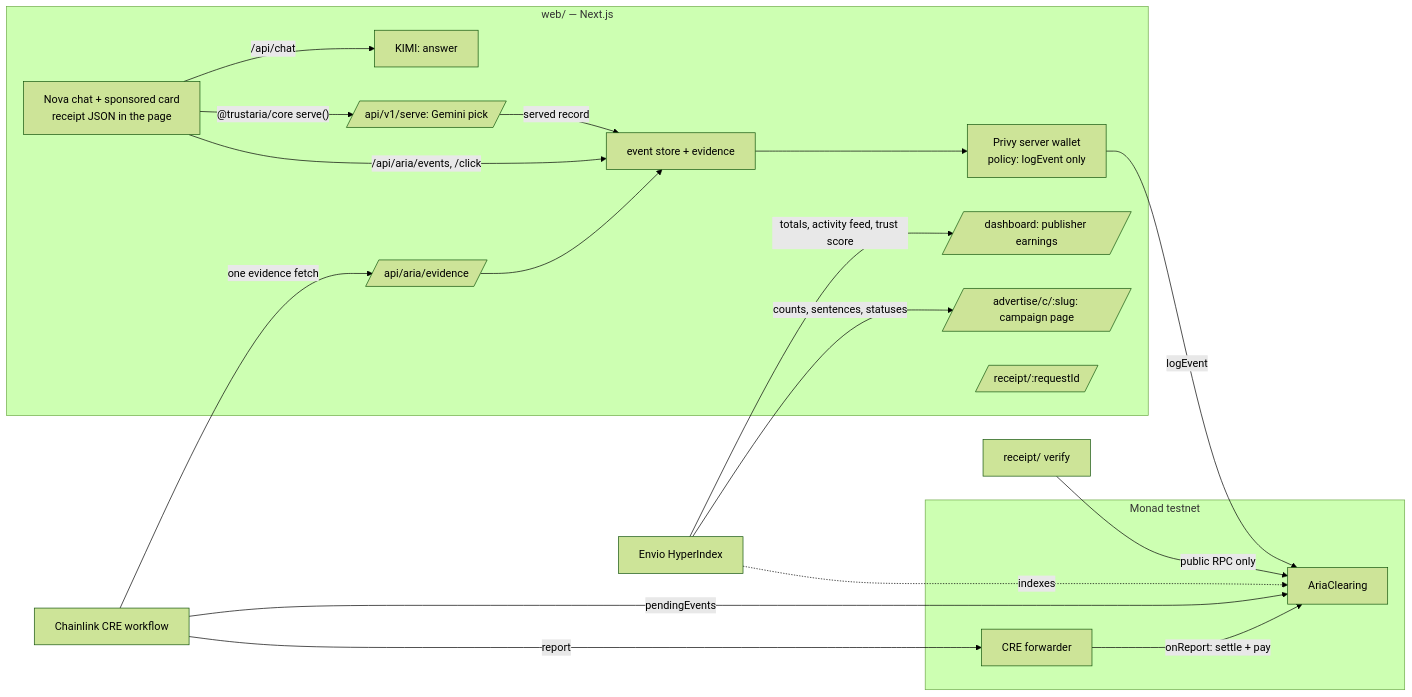
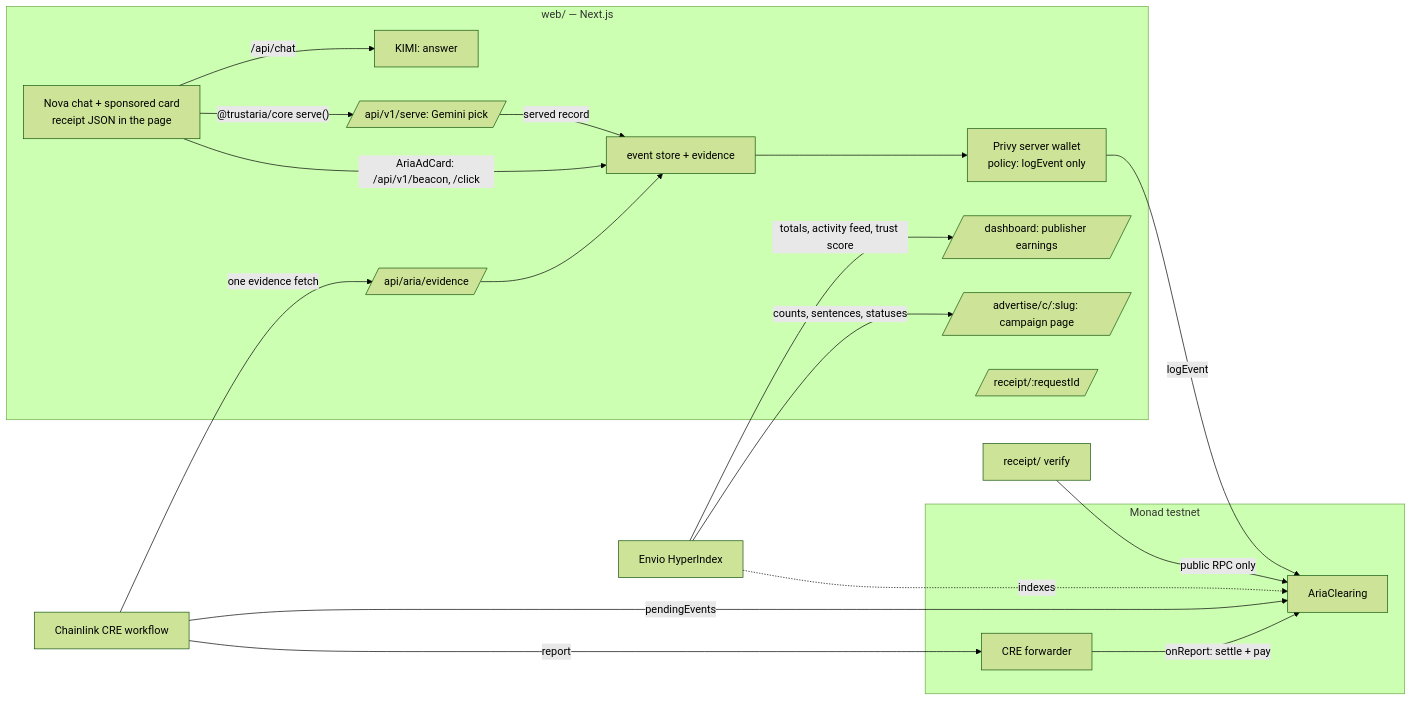
Before and after one commit to trustaria/aria-clearing: the diagram in README.md, drawn with Mermaid (forest theme). The commit also changed other lines of this file, not shown here.

Commit message:
Document AriaAdCard, the impression beacon and the non-billing events route

````diff
--- a/README.md
+++ b/README.md
@@ -196,26 +196,26 @@
 ```mermaid
 graph LR
     subgraph web [web/ — Next.js]
         Nova[Nova chat + sponsored card<br/>receipt JSON in the page] -->|/api/chat| Kimi[KIMI: answer]
         Nova -->|"@trustaria/core serve()"| Serve[/api/v1/serve: Gemini pick/]
         Serve -->|served record| Ev
-        Nova -->|/api/aria/events, /click| Ev[event store + evidence]
+        Nova -->|"AriaAdCard: /api/v1/beacon, /click"| Ev[event store + evidence]
         Ev --> Relay[Privy server wallet<br/>policy: logEvent only]
         EvAPI[/api/aria/evidence/] --> Ev
         Dash[/dashboard: publisher earnings/]
         Camp[/advertise/c/:slug: campaign page/]
         Why[/receipt/:requestId/]
     end
     subgraph Monad testnet
         C[AriaClearing]
         F[CRE forwarder]
     end
     Relay -->|logEvent| C
     CRE[Chainlink CRE workflow] -->|pendingEvents| C
     CRE -->|one evidence fetch| EvAPI
     CRE -->|report| F -->|onReport: settle + pay| C
     Envio[Envio HyperIndex] -. indexes .-> C
     Envio -->|totals, activity feed, trust score| Dash
     Envio -->|counts, sentences, statuses| Camp
     Verify[receipt/ verify] -->|public RPC only| C
 ```
````
